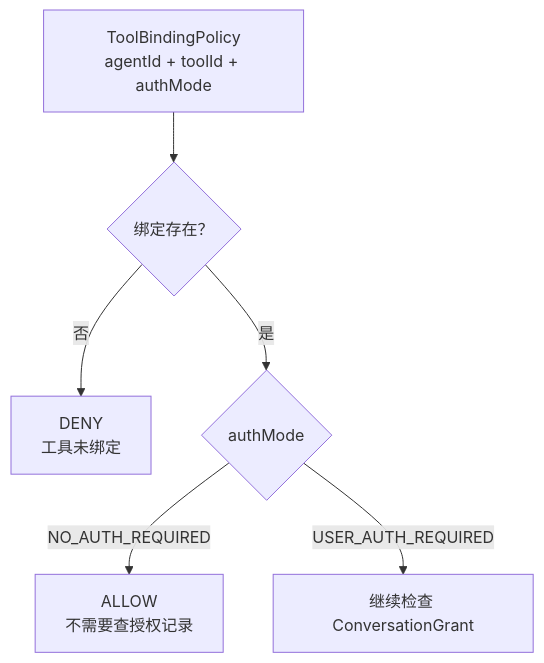
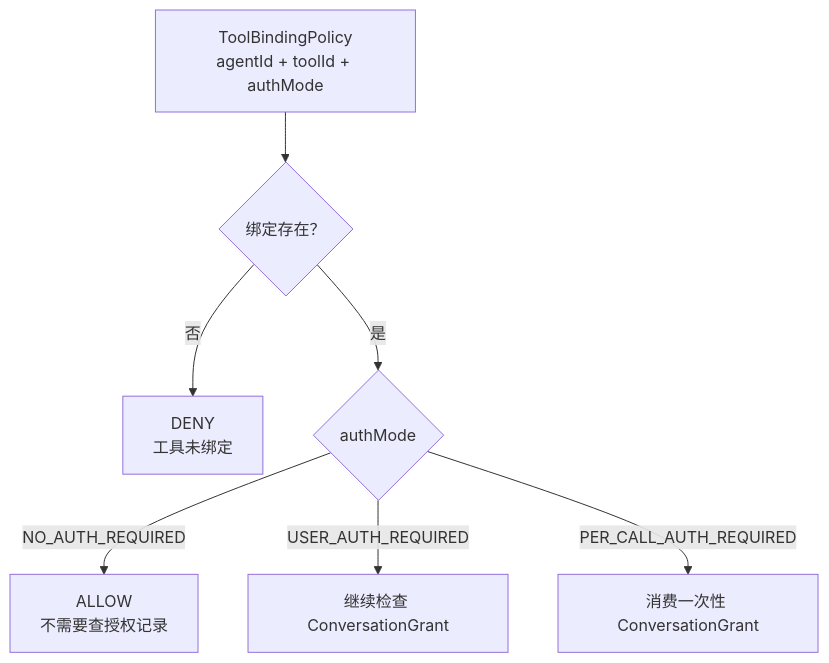
Before and after one commit to xuning117634-ux/agent-auth-design: the second of 6 diagrams in docs/07-drb/03-policy-center-decision-model.md, drawn with Mermaid. The commit also changed other lines of this file and 31 other files, not shown here.

Commit message:
feat: support per-call authorization mode

````diff
--- a/docs/07-drb/03-policy-center-decision-model.md
+++ b/docs/07-drb/03-policy-center-decision-model.md
@@ -45,8 +45,9 @@
 ```mermaid
 flowchart TD
     binding["ToolBindingPolicy<br/>agentId + toolId + authMode"] --> bound{"绑定存在？"}
     bound -->|"否"| deny["DENY<br/>工具未绑定"]
     bound -->|"是"| mode{"authMode"}
     mode -->|"NO_AUTH_REQUIRED"| allow["ALLOW<br/>不需要查授权记录"]
     mode -->|"USER_AUTH_REQUIRED"| checkGrant["继续检查 ConversationGrant"]
+    mode -->|"PER_CALL_AUTH_REQUIRED"| consumeGrant["消费一次性 ConversationGrant"]
 ```
````
